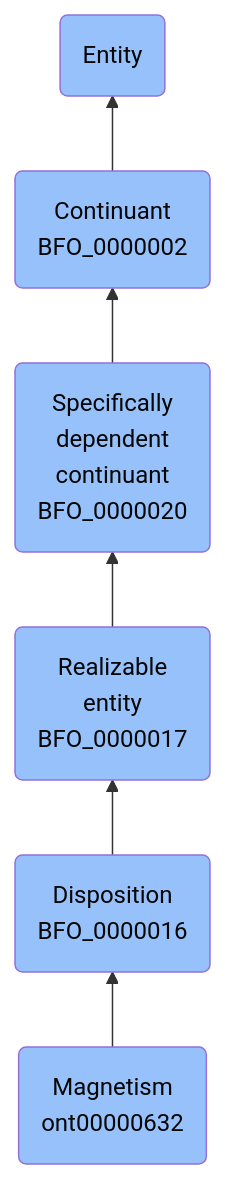
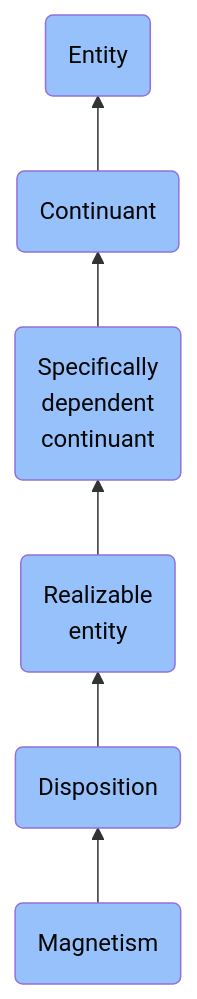
The diagram in docs/ontology/reference/model/Entity/Continuant/Specifically dependent continuant/Realizable entity/Disposition/Magnetism/Magnetism.md (jupyter-naas/abi), drawn with Mermaid before and after one commit. The commit also changed other lines of this file and 1430 other files, not shown here.

````diff
--- a/docs/ontology/reference/model/Entity/Continuant/Specifically dependent continuant/Realizable entity/Disposition/Magnetism/Magnetism.md
+++ b/docs/ontology/reference/model/Entity/Continuant/Specifically dependent continuant/Realizable entity/Disposition/Magnetism/Magnetism.md
@@ -24,13 +24,13 @@
 ```mermaid
 graph BT
-    ont00000632(Magnetism<br>ont00000632):::BFO-->BFO_0000016
-    BFO_0000016(Disposition<br>BFO_0000016):::BFO-->BFO_0000017
-    BFO_0000017(Realizable<br>entity<br>BFO_0000017):::BFO-->BFO_0000020
-    BFO_0000020(Specifically<br>dependent<br>continuant<br>BFO_0000020):::BFO-->BFO_0000002
-    BFO_0000002(Continuant<br>BFO_0000002):::BFO-->BFO_0000001
+    ont00000632(Magnetism):::BFO-->BFO_0000016
+    BFO_0000016(Disposition):::BFO-->BFO_0000017
+    BFO_0000017(Realizable<br>entity):::BFO-->BFO_0000020
+    BFO_0000020(Specifically<br>dependent<br>continuant):::BFO-->BFO_0000002
+    BFO_0000002(Continuant):::BFO-->BFO_0000001
     BFO_0000001(Entity):::BFO
     
     classDef BFO fill:#97c1fb,color:#060606
     classDef CCO fill:#e4c51e,color:#060606
     classDef ABI fill:#48DD82,color:#060606
 ```
````
